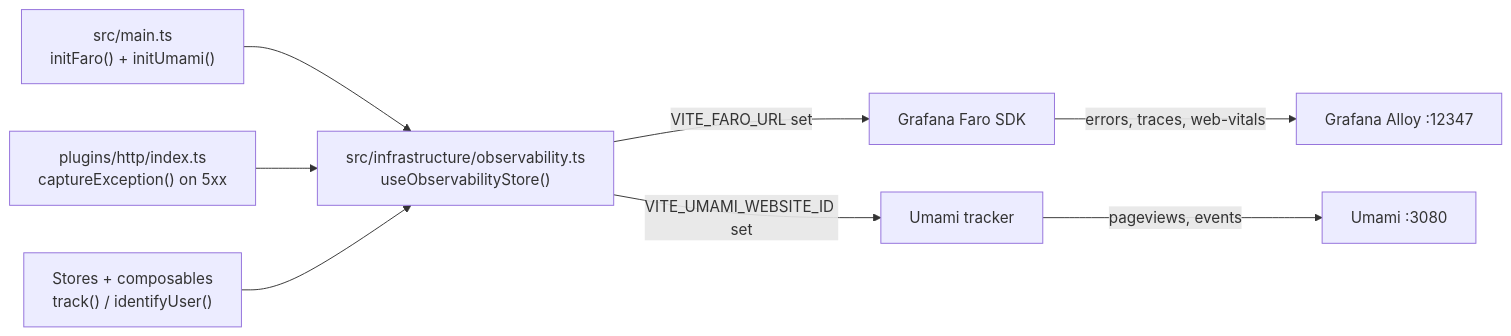
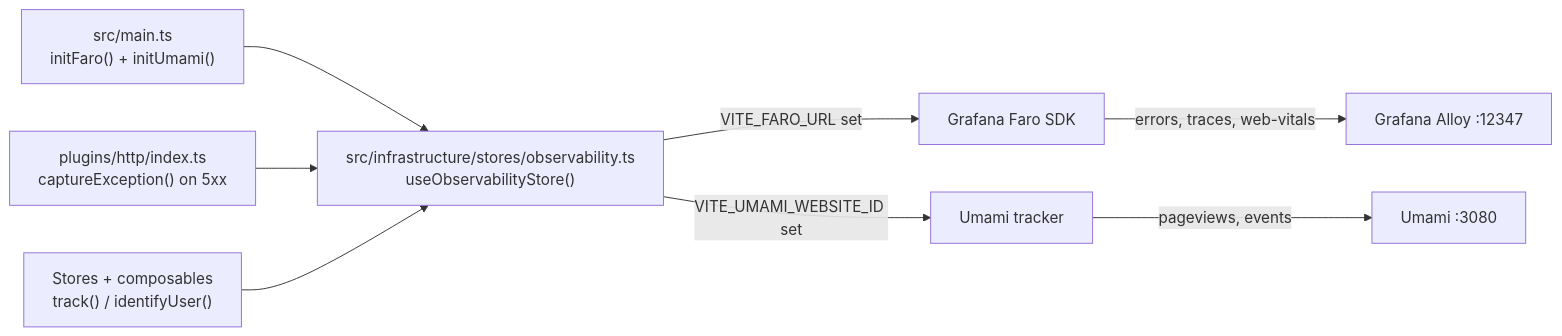
One commit to Guebbit/boilerplate-vue-frontend changed the diagram in docs/tools/observability.md. Above: the diagram before and after it, drawn with Mermaid. The commit also changed other lines of this file and 149 other files, not shown here.

````diff
--- a/docs/tools/observability.md
+++ b/docs/tools/observability.md
@@ -16,16 +16,16 @@
 ```mermaid
 %%{init: {'flowchart': {'nodeSpacing': 50, 'rankSpacing': 65}}}%%
 flowchart LR
     Main["src/main.ts\ninitFaro() + initUmami()"]
-    Store["src/infrastructure/observability.ts\nuseObservabilityStore()"]
+    Store["src/infrastructure/stores/observability.ts\nuseObservabilityStore()"]
     HTTP["plugins/http/index.ts\ncaptureException() on 5xx"]
     Components["Stores + composables\ntrack() / identifyUser()"]
 
     Main --> Store
     HTTP --> Store
     Components --> Store
     Store -->|VITE_FARO_URL set| Faro["Grafana Faro SDK"]
     Store -->|VITE_UMAMI_WEBSITE_ID set| Umami["Umami tracker"]
     Faro -->|errors, traces, web-vitals| Alloy["Grafana Alloy :12347"]
     Umami -->|pageviews, events| UmamiServer["Umami :3080"]
 ```
````
